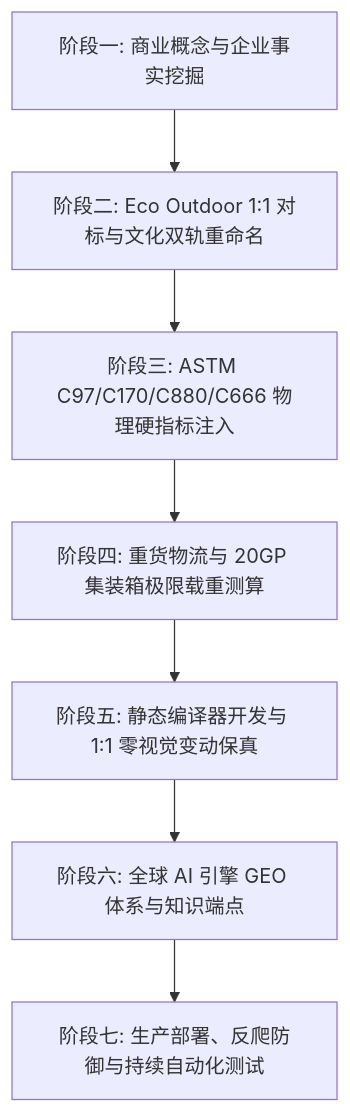
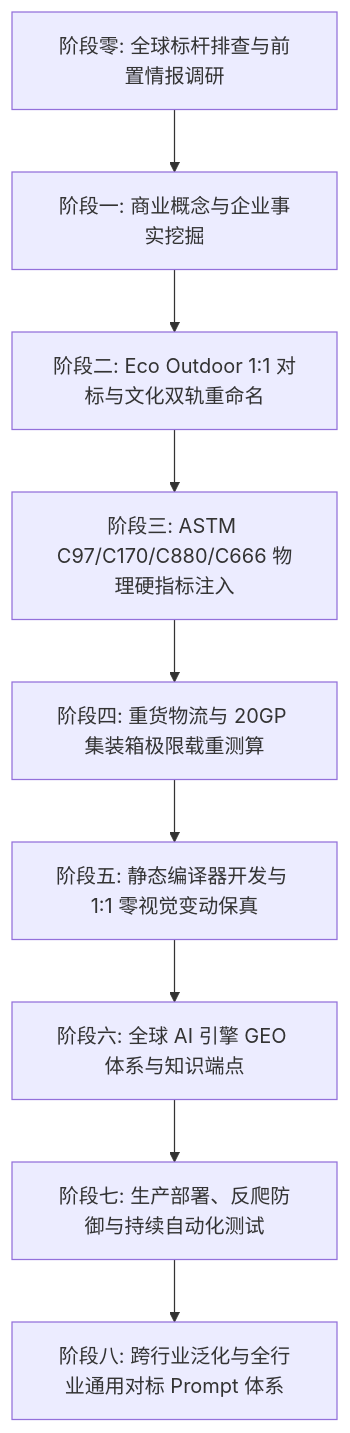
Before and after one commit to cnproduct/b2b-limestone-geo-site-builder: the second of 2 diagrams in README.md, drawn with Mermaid. The commit also changed other lines of this file and 3 other files, not shown here.

````diff
--- a/README.md
+++ b/README.md
@@ -27,9 +50,11 @@
 ```mermaid
 flowchart TD
-    A[阶段一: 商业概念与企业事实挖掘] --> B[阶段二: Eco Outdoor 1:1 对标与文化双轨重命名]
+    Z[阶段零: 全球标杆排查与前置情报调研] --> A[阶段一: 商业概念与企业事实挖掘]
+    A --> B[阶段二: Eco Outdoor 1:1 对标与文化双轨重命名]
     B --> C[阶段三: ASTM C97/C170/C880/C666 物理硬指标注入]
     C --> D[阶段四: 重货物流与 20GP 集装箱极限载重测算]
     D --> E[阶段五: 静态编译器开发与 1:1 零视觉变动保真]
     E --> F[阶段六: 全球 AI 引擎 GEO 体系与知识端点]
     F --> G[阶段七: 生产部署、反爬防御与持续自动化测试]
+    G --> H[阶段八: 跨行业泛化与全行业通用对标 Prompt 体系]
 ```
````
